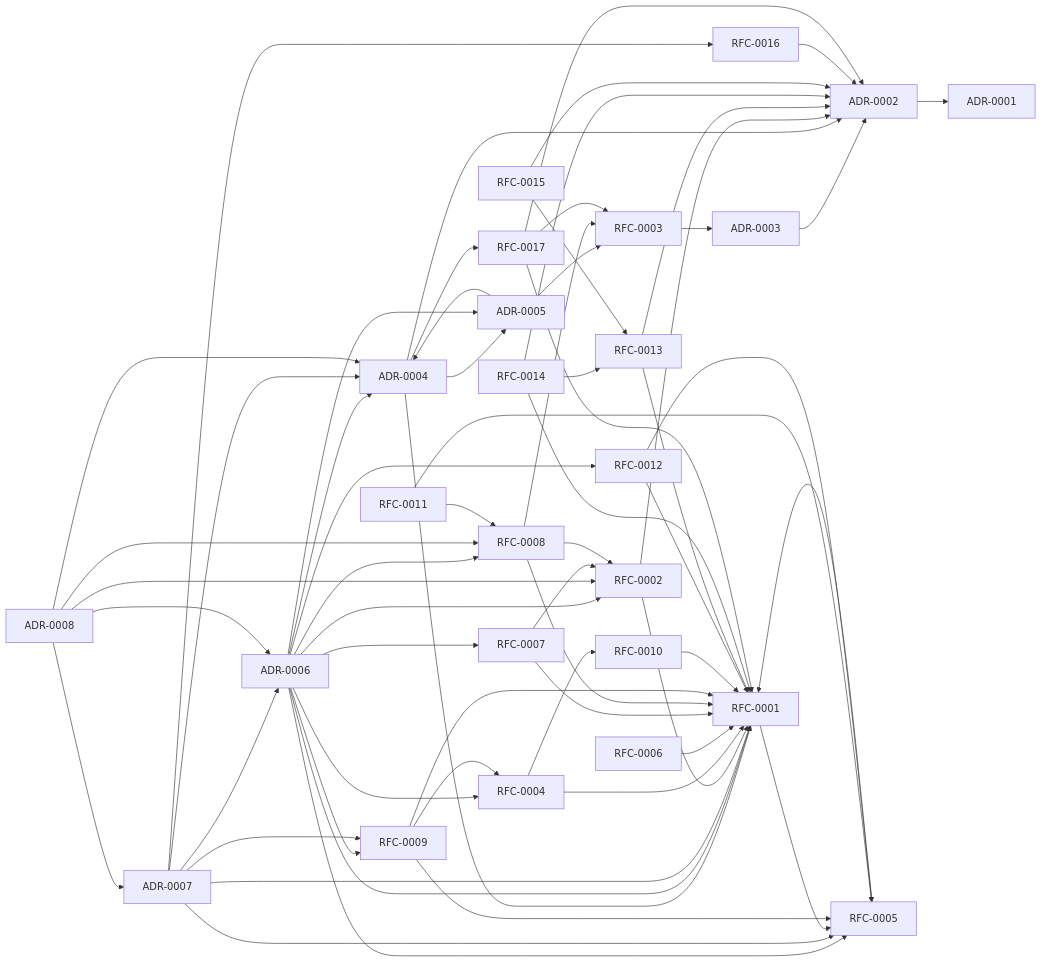
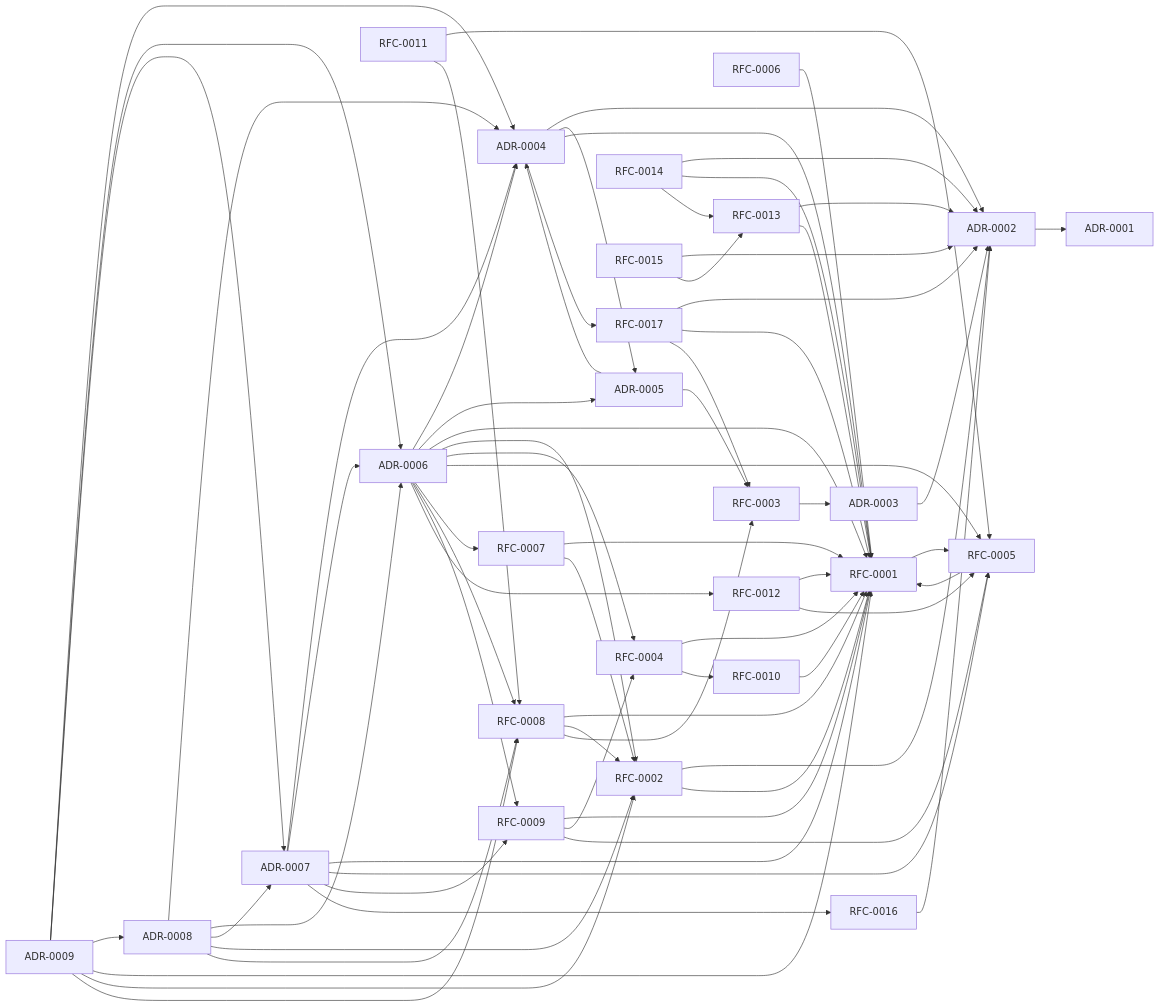
One commit to brilliantgibrann16/frontier-creative-os changed the diagram in docs/derived/DOCUMENT_GRAPH.md. Above: the diagram before and after it, drawn with Mermaid. The commit also changed other lines of this file and 2 other files, not shown here.

Commit message:
docs(derived): regenerate after ADR-0009 (derivation source changed) [3/3]
docs/decisions/ADR-*.md is a derivation source; adding ADR-0009
requires regeneration in the same package (DOC_DERIVATION_CONVENTIONS
freshness gate). Regenerated mechanically by tools/docs/build_docs.py,
verified deterministic (double run) and fresh (--check). Changed:
CORPUS_INDEX, DOCUMENT_GRAPH, ID_CROSSREF, NAVIGATION,
REPOSITORY_INVENTORY. ARCHITECTURE_OUTLINE is unchanged (its sources
did not change). No hand edits.

Refs #7

```diff
--- a/docs/derived/DOCUMENT_GRAPH.md
+++ b/docs/derived/DOCUMENT_GRAPH.md
@@ -79,6 +80,7 @@
   ADR0006["ADR-0006"]
   ADR0007["ADR-0007"]
   ADR0008["ADR-0008"]
+  ADR0009["ADR-0009"]
   RFC0001["RFC-0001"]
   RFC0002["RFC-0002"]
   RFC0003["RFC-0003"]
@@ -125,6 +127,13 @@
   ADR0008 --> ADR0007
   ADR0008 --> RFC0002
   ADR0008 --> RFC0008
+  ADR0009 --> ADR0004
+  ADR0009 --> ADR0006
+  ADR0009 --> ADR0007
+  ADR0009 --> ADR0008
+  ADR0009 --> RFC0001
+  ADR0009 --> RFC0002
+  ADR0009 --> RFC0008
   RFC0001 --> RFC0005
   RFC0002 --> ADR0002
   RFC0002 --> RFC0001
```
